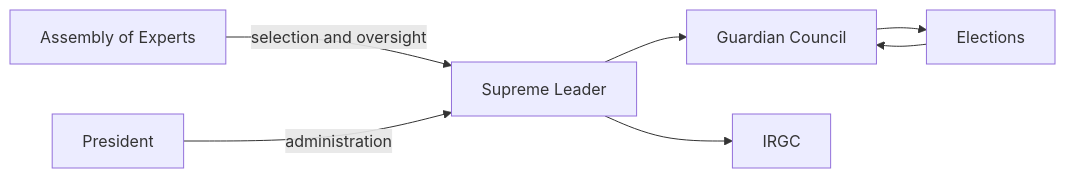
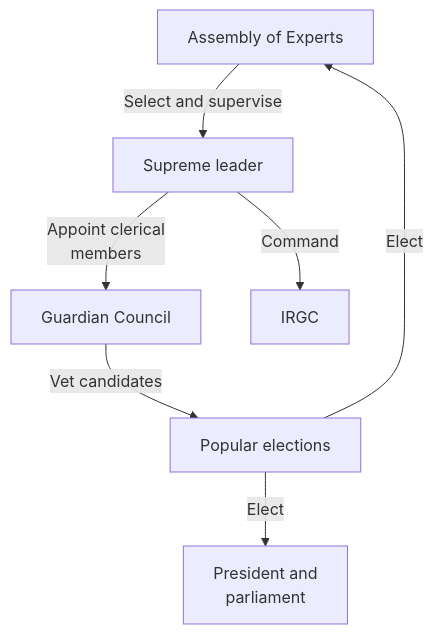
The third of 3 diagrams in articles/report/khomeini-to-khamenei-transition/en/index.mdx (daylight55/research), drawn with Mermaid before and after one commit. The commit also changed other lines of this file and 181 other files, not shown here.

First line of the commit message:
全記事の図解368点を再生成し、共通注意書きを削除 (#402)

````diff
--- a/articles/report/khomeini-to-khamenei-transition/en/index.mdx
+++ b/articles/report/khomeini-to-khamenei-transition/en/index.mdx
@@ -94,16 +98,17 @@
 ```mermaid
-flowchart LR
-    SL["Supreme Leader"]
-    EXP["Assembly of Experts"]
-    GC["Guardian Council"]
-    IRGC["IRGC"]
-    PRS["President"]
-    ELEC["Elections"]
-
-    EXP -->|selection and oversight| SL
-    SL --> GC
-    SL --> IRGC
-    ELEC --> GC
-    PRS -->|administration| SL
-    GC --> ELEC
+flowchart TD
+  accTitle: The supreme leader, Guardian Council and elections
+  accDescr: The Assembly selects and supervises the leader; the Guardian Council vets candidates. Elections do not replace the entire power structure.
+  N0["Assembly of Experts"]
+  N1["Supreme leader"]
+  N2["Guardian Council"]
+  N3["IRGC"]
+  N4["Popular elections"]
+  N5["President and<br/>parliament"]
+  N0 -->|Select and supervise| N1
+  N1 -->|Appoint clerical<br/>members| N2
+  N1 -->|Command| N3
+  N2 -->|Vet candidates| N4
+  N4 -->|Elect| N0
+  N4 -->|Elect| N5
 ```
````
